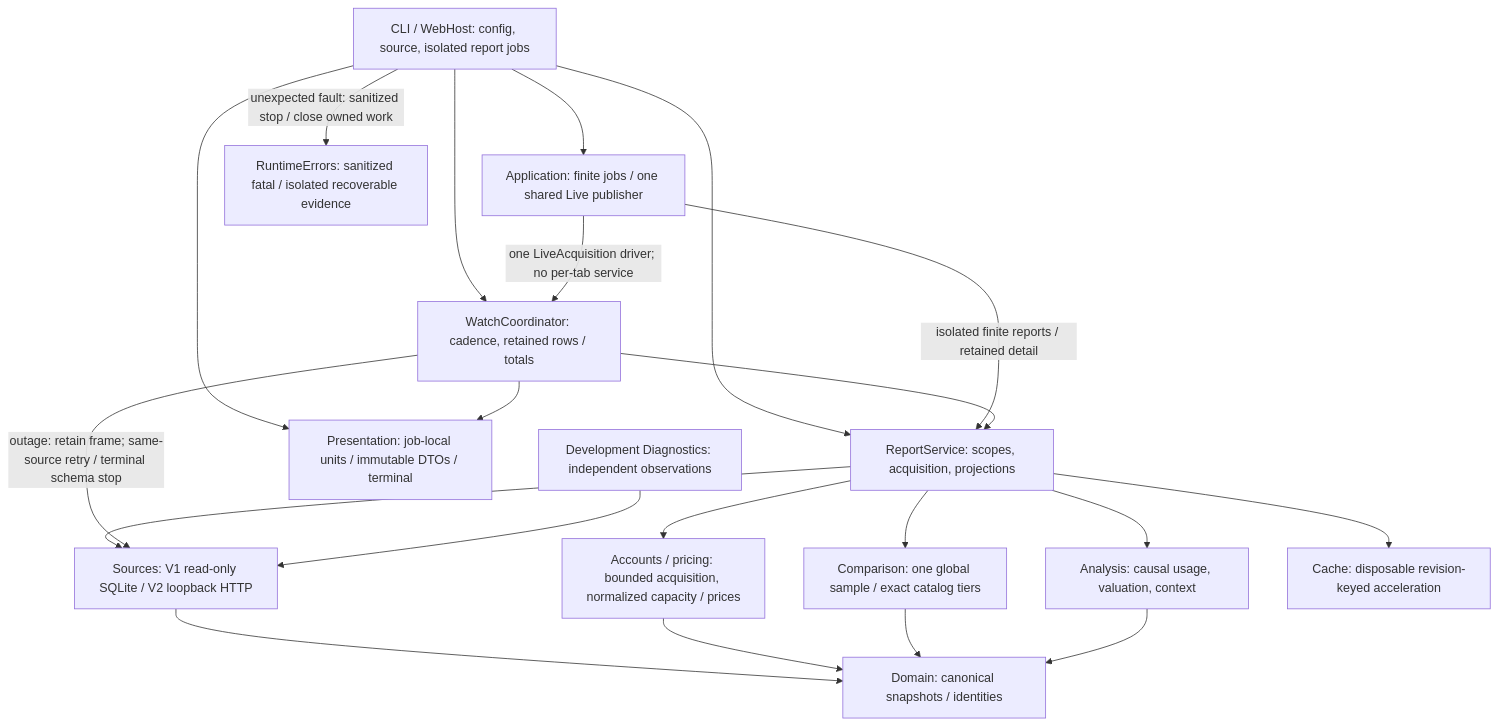
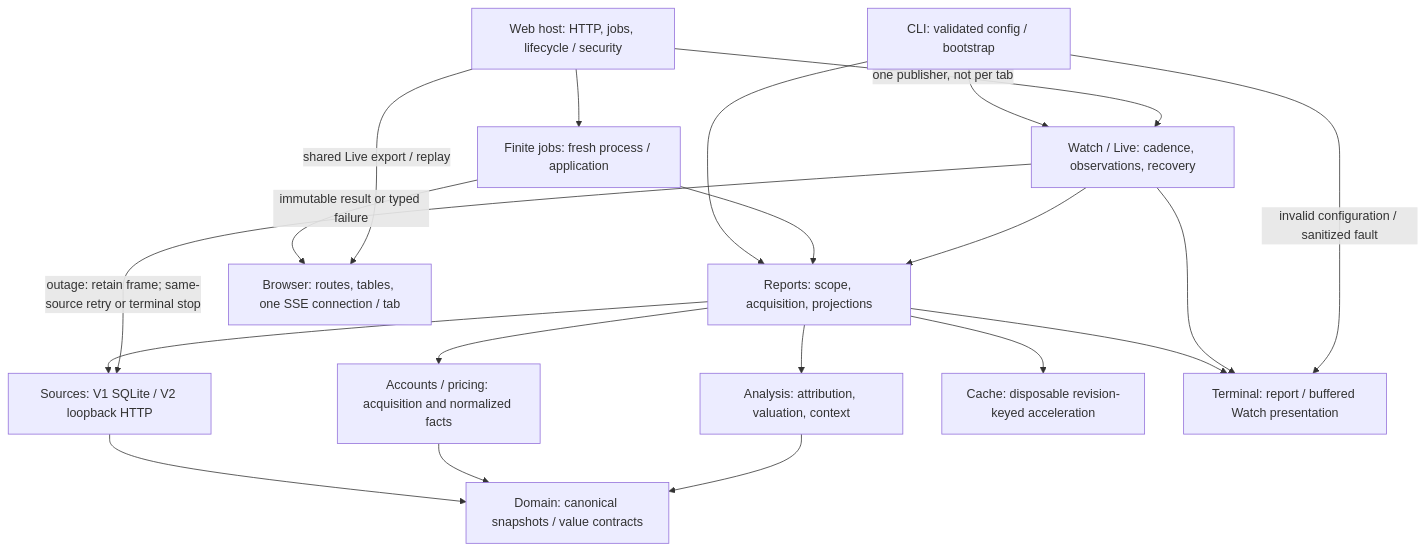
The first of 2 diagrams in development/architecture/OVERVIEW.md (qstoffe/cost-guard), drawn with Mermaid before and after one commit. The commit also changed other lines of this file and 3 other files, not shown here.

Commit message:
docs: assess Architecture maintenance milestone 60 (#205)

````diff
--- a/development/architecture/OVERVIEW.md
+++ b/development/architecture/OVERVIEW.md
@@ -18,23 +16,22 @@
 ```mermaid
 flowchart TD
-    entry["CLI / WebHost: config, source, isolated report jobs"] --> reports["ReportService: scopes, acquisition, projections"]
-    entry --> application["Application: finite jobs / one shared Live publisher"]
-    application -->|"isolated finite reports / retained detail"| reports
-    entry --> watch["WatchCoordinator: cadence, retained rows / totals"]
-    application -->|"one LiveAcquisition driver; no per-tab service"| watch
-    watch --> reports
-    reports --> sources["Sources: V1 read-only SQLite / V2 loopback HTTP"]
-    reports --> providers["Accounts / pricing: bounded acquisition, normalized capacity / prices"]
-    sources --> domain["Domain: canonical snapshots / identities"]
+    cli["CLI: validated config / bootstrap"] --> reports["Reports: scope, acquisition, projections"]
+    cli --> live["Watch / Live: cadence, observations, recovery"]
+    web["Web host: HTTP, jobs, lifecycle / security"] --> finite["Finite jobs: fresh process / application"]
+    web -->|one publisher, not per tab| live
+    finite --> reports
+    live --> reports
+    reports --> sources["Sources: V1 SQLite / V2 loopback HTTP"]
+    reports --> providers["Accounts / pricing: acquisition and normalized facts"]
+    reports --> analysis["Analysis: attribution, valuation, context"]
+    reports --> cache["Cache: disposable revision-keyed acceleration"]
+    sources --> domain["Domain: canonical snapshots / value contracts"]
     providers --> domain
-    reports --> analysis["Analysis: causal usage, valuation, context"]
-    reports --> comparison["Comparison: one global sample / exact catalog tiers"]
-    comparison --> domain
     analysis --> domain
-    reports --> cache["Cache: disposable revision-keyed acceleration"]
-    entry --> presentation["Presentation: job-local units / immutable DTOs / terminal"]
-    watch --> presentation
-    watch -->|"outage: retain frame; same-source retry / terminal schema stop"| sources
-    entry -->|"unexpected fault: sanitized stop / close owned work"| faults["RuntimeErrors: sanitized fatal / isolated recoverable evidence"]
-    diagnostics["Development Diagnostics: independent observations"] --> sources
+    reports --> terminal["Terminal: report / buffered Watch presentation"]
+    live --> terminal
+    finite -->|immutable result or typed failure| browser["Browser: routes, tables, one SSE connection / tab"]
+    web -->|shared Live export / replay| browser
+    live -->|outage: retain frame; same-source retry or terminal stop| sources
+    cli -->|invalid configuration / sanitized fault| terminal
 ```
````
